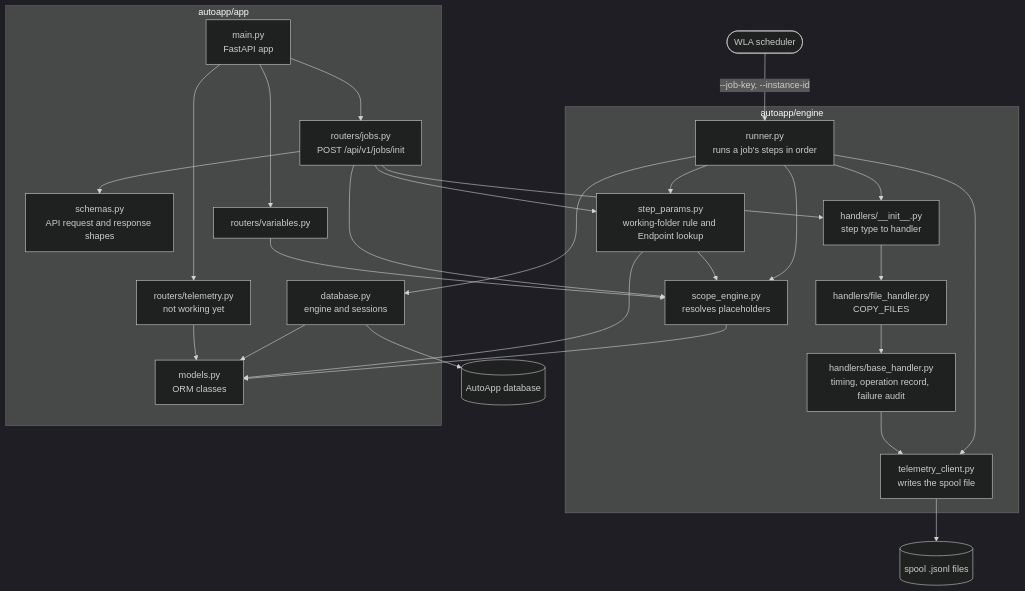
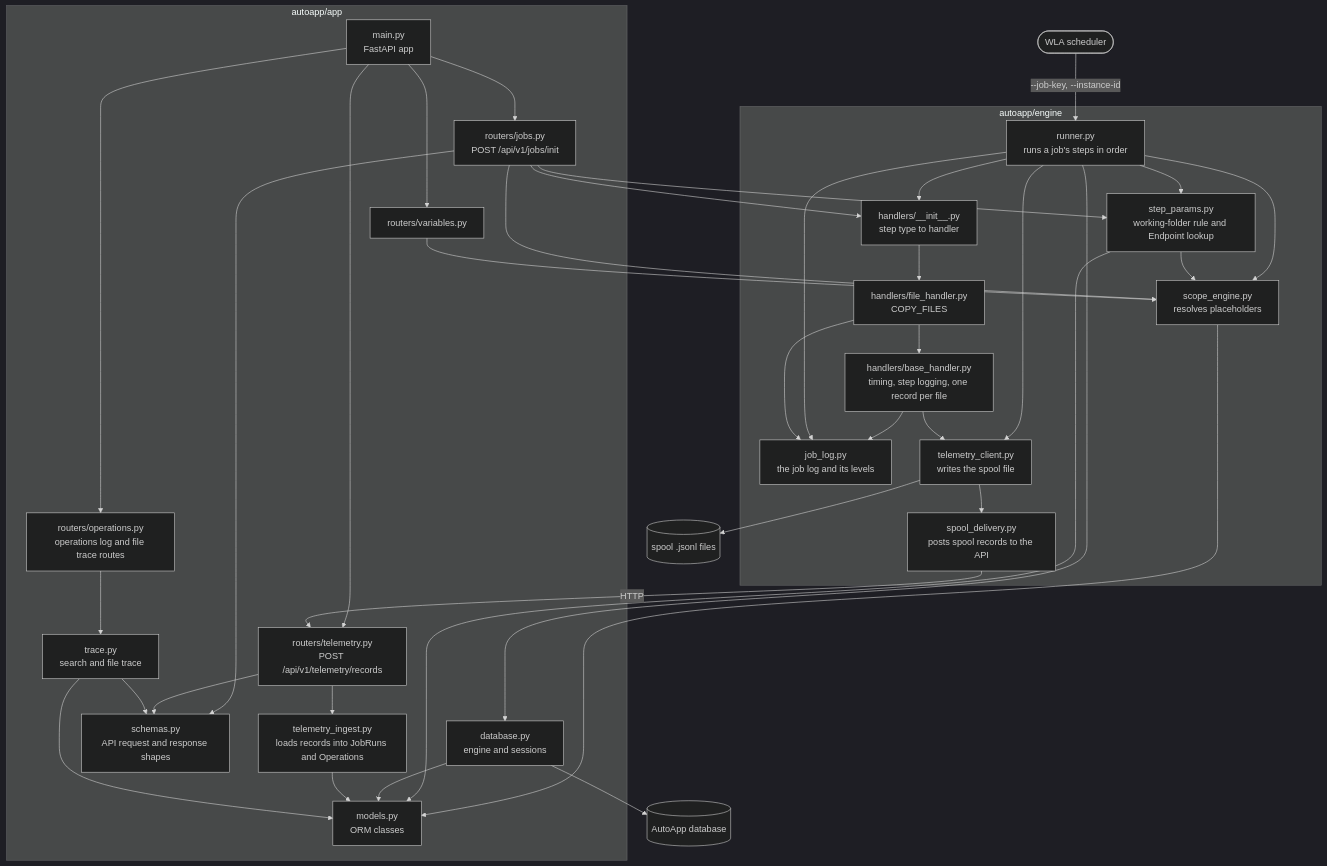
The third of 3 diagrams in docs/PYTHON_MODEL.md (JayCBoal/AutomationApp), drawn with Mermaid (dark theme) before and after one commit. The commit also changed other lines of this file and 37 other files, not shown here.

````diff
--- a/docs/PYTHON_MODEL.md
+++ b/docs/PYTHON_MODEL.md
@@ -186,50 +214,66 @@
 ```mermaid
 flowchart TD
     scheduler([WLA scheduler]) -->|"--job-key, --instance-id"| runner
 
     subgraph engine [autoapp/engine]
         runner[runner.py<br/>runs a job's steps in order]
         scope[scope_engine.py<br/>resolves placeholders]
         params[step_params.py<br/>working-folder rule and Endpoint lookup]
         registry[handlers/__init__.py<br/>step type to handler]
-        base[handlers/base_handler.py<br/>timing, operation record, failure audit]
+        base[handlers/base_handler.py<br/>timing, step logging, one record per file]
+        joblog[job_log.py<br/>the job log and its levels]
         file[handlers/file_handler.py<br/>COPY_FILES]
         telemetry[telemetry_client.py<br/>writes the spool file]
+        delivery[spool_delivery.py<br/>posts spool records to the API]
     end
 
     subgraph app [autoapp/app]
         models[models.py<br/>ORM classes]
         database[database.py<br/>engine and sessions]
         schemas[schemas.py<br/>API request and response shapes]
         jobs[routers/jobs.py<br/>POST /api/v1/jobs/init]
         variables[routers/variables.py]
-        telemetry_api[routers/telemetry.py<br/>not working yet]
+        telemetry_api[routers/telemetry.py<br/>POST /api/v1/telemetry/records]
+        ingest[telemetry_ingest.py<br/>loads records into JobRuns and Operations]
+        operations_api[routers/operations.py<br/>operations log and file trace routes]
+        trace[trace.py<br/>search and file trace]
         main[main.py<br/>FastAPI app]
     end
 
     runner --> scope
     runner --> params
     runner --> registry
     runner --> telemetry
     runner --> database
     params --> scope
     registry --> file
     file --> base
     base --> telemetry
+    base --> joblog
+    runner --> joblog
+    file --> joblog
+    telemetry --> delivery
     scope --> models
     params --> models
     database --> models
 
     main --> jobs
     main --> variables
     main --> telemetry_api
+    main --> operations_api
     jobs --> scope
     jobs --> params
     jobs --> registry
     jobs --> schemas
     variables --> scope
-    telemetry_api --> models
+    telemetry_api --> ingest
+    telemetry_api --> schemas
+    ingest --> models
+    operations_api --> trace
+    trace --> models
+    trace --> schemas
 
     telemetry --> spool[(spool .jsonl files)]
+    delivery -->|HTTP| telemetry_api
     database --> db[(AutoApp database)]
 ```
````
